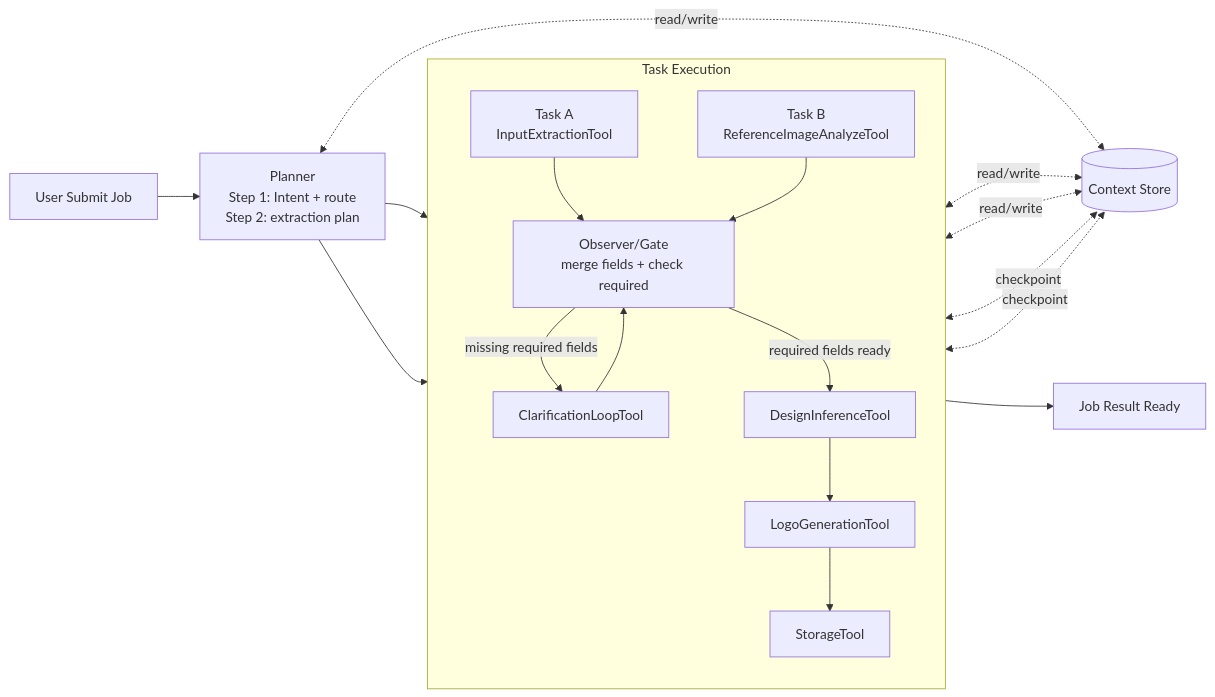
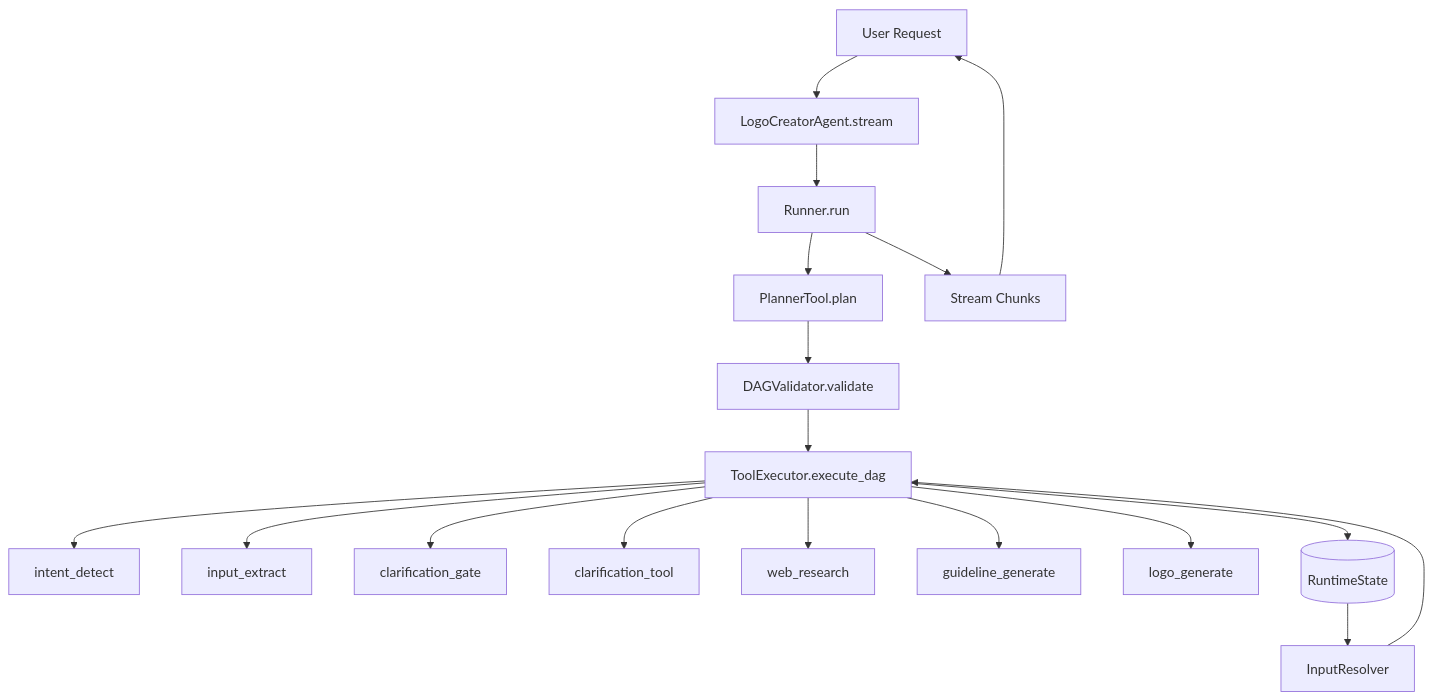
Before and after one commit to Ne4nf/Logo-design: the first of 4 diagrams in specs/001-logo-design-agent/technical-design.md, drawn with Mermaid. The commit also changed other lines of this file, not shown here.

````diff
--- a/specs/001-logo-design-agent/technical-design.md
+++ b/specs/001-logo-design-agent/technical-design.md
@@ -104,32 +114,23 @@
 ```mermaid
-flowchart LR
-  U[User Submit Job] --> P[Planner\nStep 1: Intent + route\nStep 2: extraction plan]
+flowchart TD
+  U[User Request] --> A[LogoCreatorAgent.stream]
+  A --> R[Runner.run]
+  R --> P[PlannerTool.plan]
+  P --> V[DAGValidator.validate]
+  V --> E[ToolExecutor.execute_dag]
 
-  subgraph EXEC[Task Execution]
-    direction TB
-    T1[Task A\nInputExtractionTool]
-    T2[Task B\nReferenceImageAnalyzeTool]
-    O[Observer/Gate\nmerge fields + check required]
-    C[ClarificationLoopTool]
-    D[DesignInferenceTool]
-    G[LogoGenerationTool]
-    S[StorageTool]
-  end
+  E --> T1[intent_detect]
+  E --> T2[input_extract]
+  E --> T3[clarification_gate]
+  E --> T4[clarification_tool]
+  E --> T5[web_research]
+  E --> T6[guideline_generate]
+  E --> T7[logo_generate]
 
-  X[(Context Store)]
+  E --> S[(RuntimeState)]
+  S --> I[InputResolver]
+  I --> E
 
-  P --> T1
-  P --> T2
-  T1 --> O
-  T2 --> O
-  O -->|missing required fields| C
-  C --> O
-  O -->|required fields ready| D
-  D --> G --> S --> R[Job Result Ready]
-
-  P <-. read/write .-> X
-  O <-. read/write .-> X
-  C <-. read/write .-> X
-  D <-. checkpoint .-> X
-  G <-. checkpoint .-> X
+  R --> C[Stream Chunks]
+  C --> U
 ```
````
